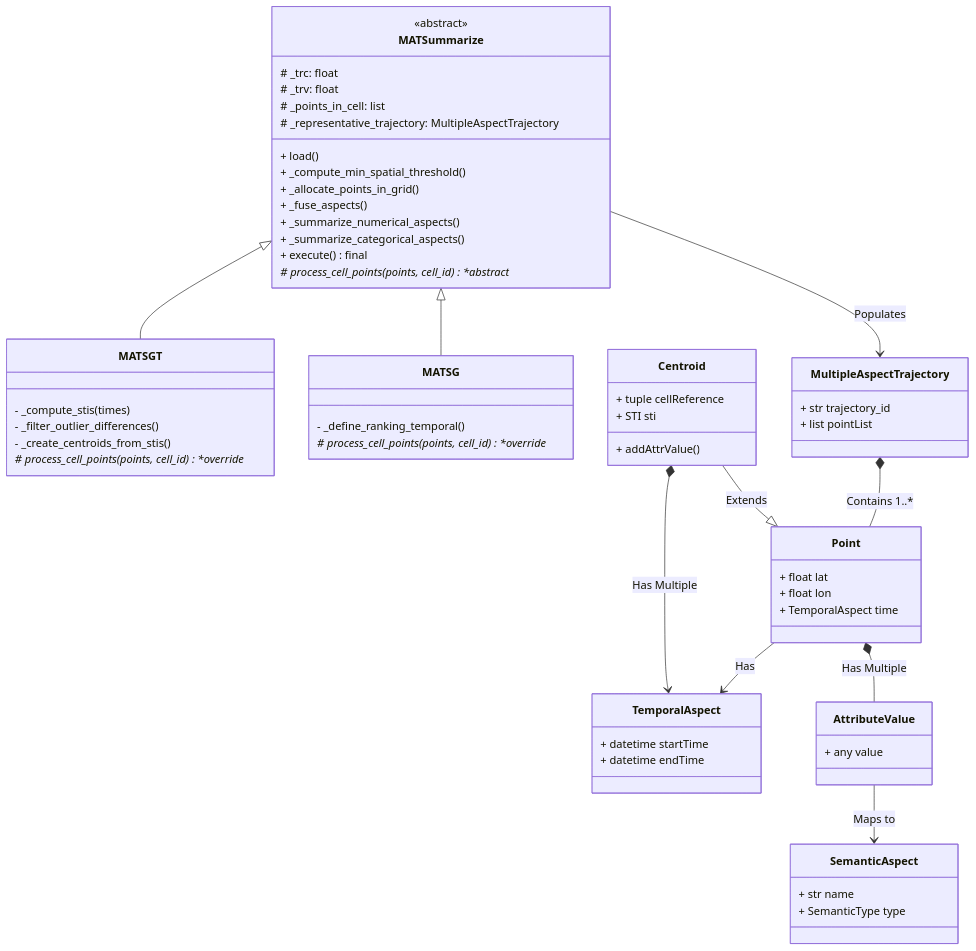
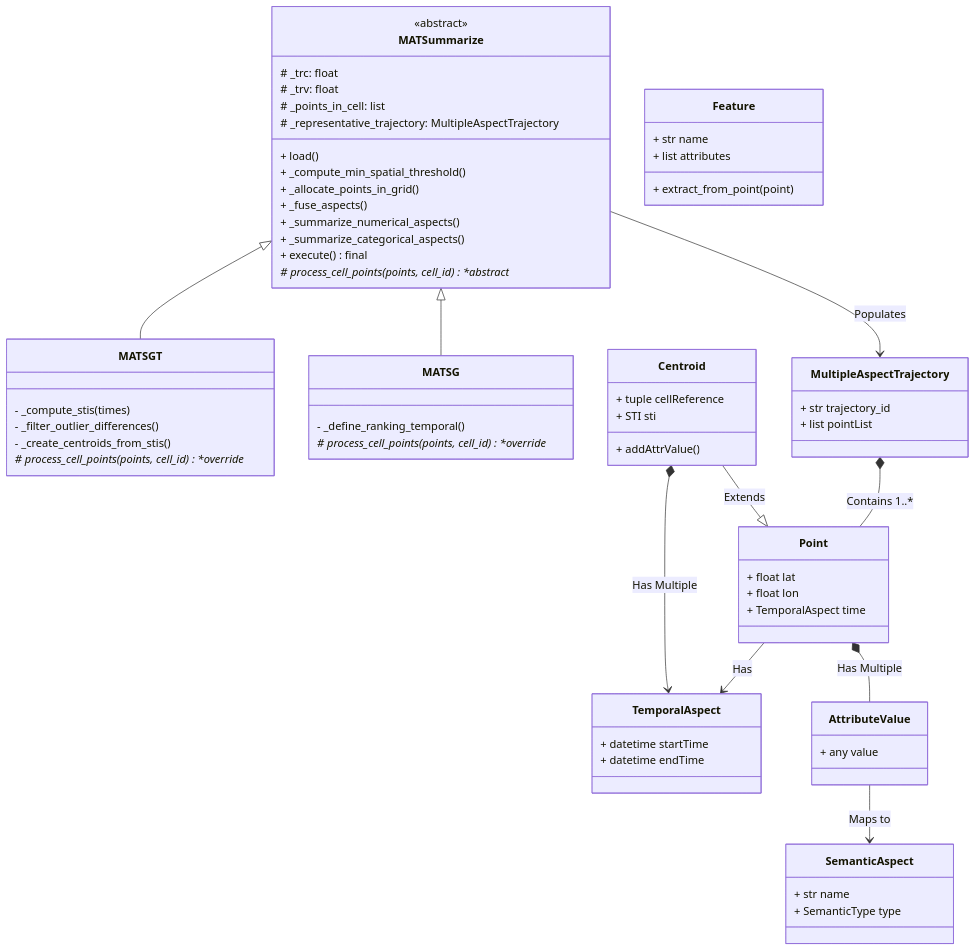
The diagram in README.md (RepresentantativeMAT/mat-summarization), drawn with Mermaid before and after one commit. The commit also changed other lines of this file and 210 other files, not shown here.

````diff
--- a/README.md
+++ b/README.md
@@ -26,75 +33,81 @@
 ```mermaid
 classDiagram
     %% Core Algorithms (Method)
     class MATSummarize {
         <<abstract>>
         # _trc: float
         # _trv: float
         # _points_in_cell: list
         # _representative_trajectory: MultipleAspectTrajectory
         + load()
         + _compute_min_spatial_threshold()
         + _allocate_points_in_grid()
         + _fuse_aspects()
         + _summarize_numerical_aspects()
         + _summarize_categorical_aspects()
         + execute() final
         # process_cell_points(points, cell_id) *abstract*
     }
 
     class MATSGT {
         - _compute_stis(times)
         - _filter_outlier_differences()
         - _create_centroids_from_stis()
         # process_cell_points(points, cell_id) *override*
     }
 
     class MATSG {
         - _define_ranking_temporal()
         # process_cell_points(points, cell_id) *override*
     }
 
     %% Data Enitites (Model)
     class MultipleAspectTrajectory {
         + str trajectory_id
         + list pointList
     }
 
     class Centroid {
         + tuple cellReference
         + STI sti
         + addAttrValue()
     }
 
     class Point {
         + float lat
         + float lon
         + TemporalAspect time
     }
     
     class TemporalAspect {
         + datetime startTime
         + datetime endTime
     }
 
     class AttributeValue {
         + any value
     }
 
     class SemanticAspect {
         + str name
         + SemanticType type
     }
+    
+    class Feature {
+        + str name
+        + list attributes
+        + extract_from_point(point)
+    }
 
     %% Inheritances and Relationships
     MATSummarize <|-- MATSGT
     MATSummarize <|-- MATSG
     
     MATSummarize --> MultipleAspectTrajectory : Populates
     MultipleAspectTrajectory *-- Point : Contains 1..*
     Centroid --|> Point : Extends
     Point --> TemporalAspect : Has
     Centroid *--> TemporalAspect : Has Multiple
     Point *-- AttributeValue : Has Multiple
     AttributeValue --> SemanticAspect : Maps to
 ```
````
